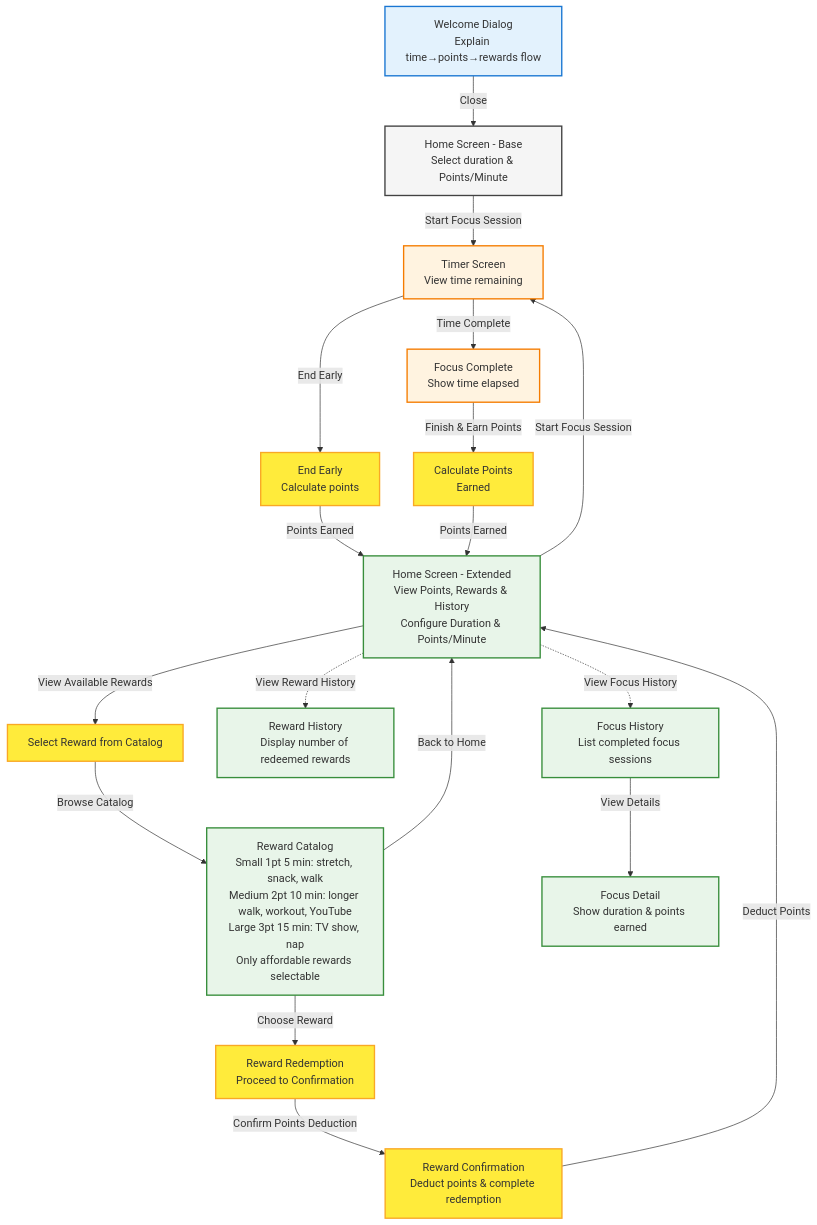
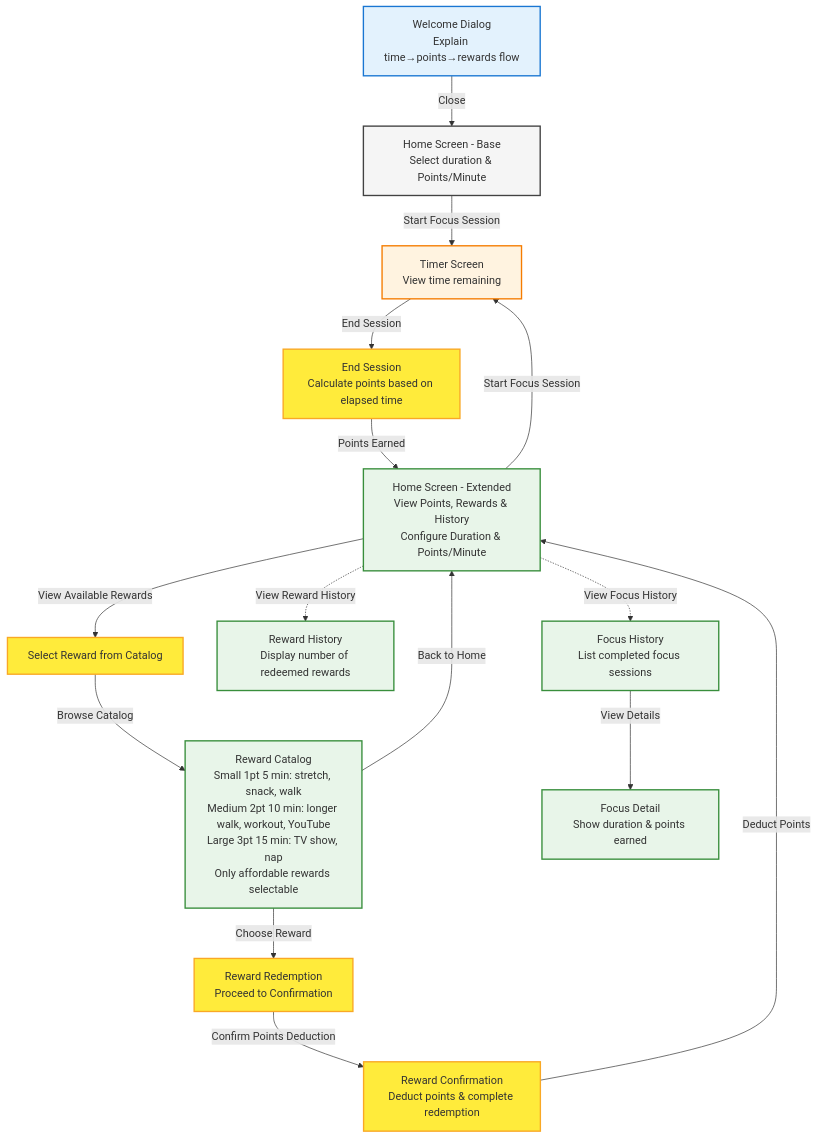
Before and after one commit to michellekli/PomoExchange: the diagram in design.md, drawn with Mermaid. The commit also changed other lines of this file, not shown here.

Commit message:
Consolidate paths to end timer

````diff
--- a/design.md
+++ b/design.md
@@ -92,69 +92,60 @@
 ```mermaid
 flowchart TD
    %% Define styles
    classDef welcome fill:#e3f2fd,stroke:#1976d2,stroke-width:2px
    classDef homeBase fill:#f5f5f5,stroke:#424242,stroke-width:2px
    classDef timer fill:#fff3e0,stroke:#f57c00,stroke-width:2px
    classDef homeExtended fill:#e8f5e9,stroke:#388e3c,stroke-width:2px
    classDef action fill:#ffeb3b,stroke:#f9a825,stroke-width:2px
 
    %% Welcome Dialog
    Welcome[Welcome Dialog<br/>Explain time→points→rewards flow]:::welcome
    Welcome -->|Close| HomeBase
 
    %% Home Screen - Base
    HomeBase[Home Screen - Base<br/>Select duration & Points/Minute]:::homeBase
    HomeBase -->|Start Focus Session| Timer
 
    %% Timer Screen
    Timer[Timer Screen<br/>View time remaining]:::timer
-   Timer -->|End Early| EndEarly
-   Timer -->|Time Complete| Complete
+   Timer -->|End Session| EndSession
 
-   %% End Early Path
-   EndEarly[End Early<br/>Calculate points]:::action
-   EndEarly -->|Points Earned| HomeExtended
-
-   %% Complete Path
-   Complete[Focus Complete<br/>Show time elapsed]:::timer
-   Complete -->|Finish & Earn Points| EarnPoints
-
-   %% Earn Points Path
-   EarnPoints[Calculate Points<br/>Earned]:::action
-   EarnPoints -->|Points Earned| HomeExtended
+   %% End Session
+   EndSession[End Session<br/>Calculate points based on elapsed time]:::action
+    EndSession -->|Points Earned| HomeExtended
 
    %% Home Screen - Extended
    HomeExtended[Home Screen - Extended<br/>View Points, Rewards & History<br/>Configure Duration & Points/Minute]:::homeExtended
    HomeExtended -->|Start Focus Session| Timer
    HomeExtended -->|View Available Rewards| RewardSelection
 
    %% Reward Selection Path
    RewardSelection[Select Reward from Catalog]:::action
    RewardSelection -->|Browse Catalog| RewardCatalog
 
    %% Reward Catalog
    RewardCatalog[Reward Catalog<br/>Small 1pt 5 min: stretch, snack, walk<br/>Medium 2pt 10 min: longer walk, workout, YouTube<br/>Large 3pt 15 min: TV show, nap<br/>Only affordable rewards selectable]:::homeExtended
    RewardCatalog -->|Choose Reward| RewardRedemption
    RewardCatalog -->|Back to Home| HomeExtended
 
    %% Reward Redemption Path
    RewardRedemption[Reward Redemption<br/>Proceed to Confirmation]:::action
    RewardRedemption -->|Confirm Points Deduction| RewardConfirmation
 
    %% Reward Confirmation Path
    RewardConfirmation[Reward Confirmation<br/>Deduct points & complete redemption]:::action
    RewardConfirmation -->|Deduct Points| HomeExtended
 
    %% Reward History
    HomeExtended -.->|View Reward History| RewardHistory
    HomeExtended -.->|View Focus History| FocusHistory
 
    %% Reward History
    RewardHistory[Reward History<br/>Display number of redeemed rewards]:::homeExtended
 
    %% Focus History
    FocusHistory[Focus History<br/>List completed focus sessions]:::homeExtended
    FocusHistory -->|View Details| FocusDetail
    FocusDetail[Focus Detail<br/>Show duration & points earned]:::homeExtended
 
 ```
````
